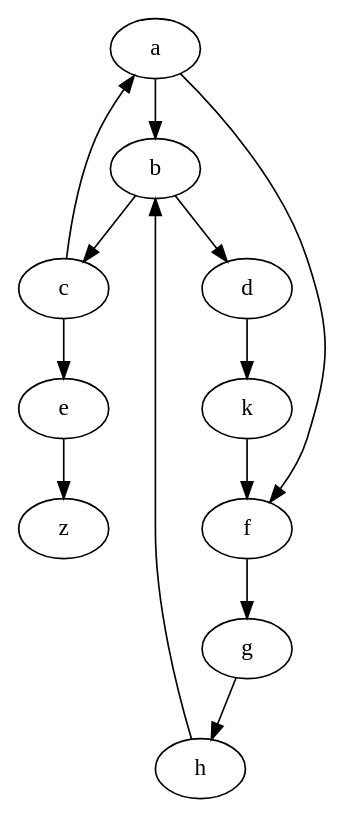
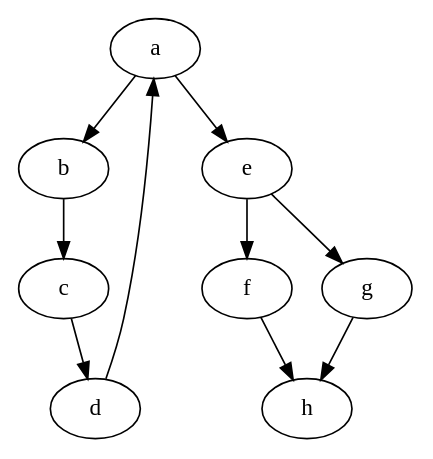
The diagram in test_output.dot (johnmitchelll/CSE464_2025_jmmitc15), drawn with Graphviz before and after one commit. The commit also changed 5 other files, not shown here.

```diff
--- a/test_output.dot
+++ b/test_output.dot
@@ -1,14 +1,11 @@
 digraph G {
     a -> b;
-    a -> f;
+    a -> e;
     b -> c;
-    b -> d;
-    c -> e;
-    c -> a;
-    d -> k;
-    e -> z;
-    f -> g;
+    c -> d;
+    d -> a;
+    e -> f;
+    e -> g;
+    f -> h;
     g -> h;
-    h -> b;
-    k -> f;
 }
```
